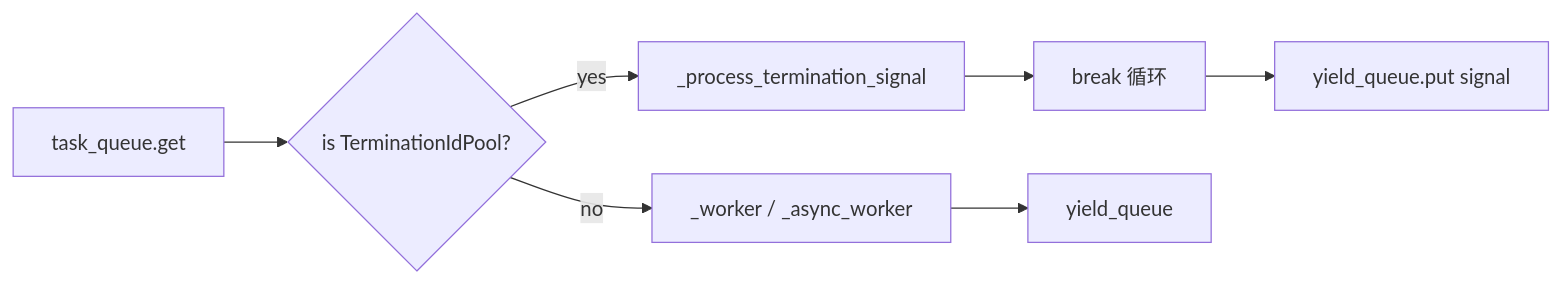
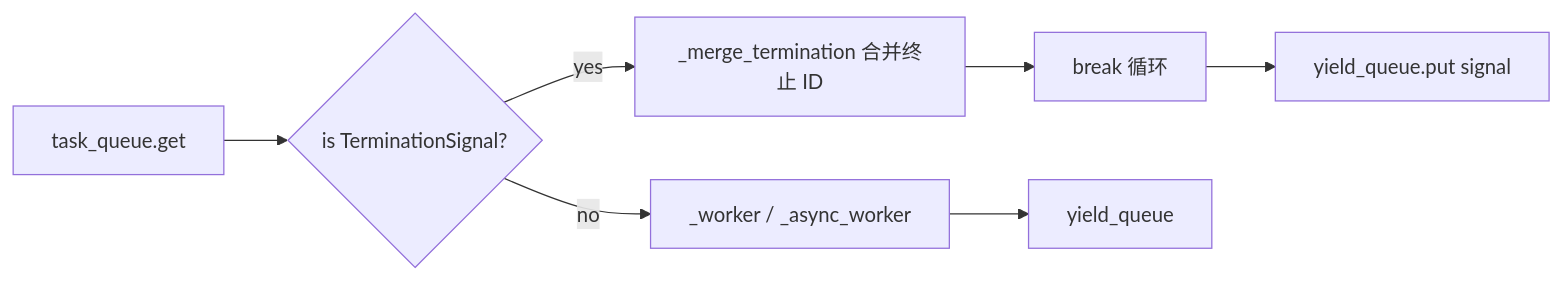
The diagram in docs/zh-CN/tests/node/test_dispatch.md (Mr-xiaotian/CelestialFlow), drawn with Mermaid before and after one commit. The commit also changed other lines of this file and 74 other files, not shown here.

````diff
--- a/docs/zh-CN/tests/node/test_dispatch.md
+++ b/docs/zh-CN/tests/node/test_dispatch.md
@@ -64,9 +71,9 @@
 ```mermaid
 flowchart LR
-    In[task_queue.get] --> Sig{is TerminationIdPool?}
-    Sig -- yes --> Merge[_process_termination_signal]
+    In[task_queue.get] --> Sig{is TerminationSignal?}
+    Sig -- yes --> Merge[_merge_termination 合并终止 ID]
     Merge --> Break[break 循环]
     Sig -- no --> Worker[_worker / _async_worker]
     Worker --> Out[yield_queue]
     Break --> Put[yield_queue.put signal]
 ```
````
